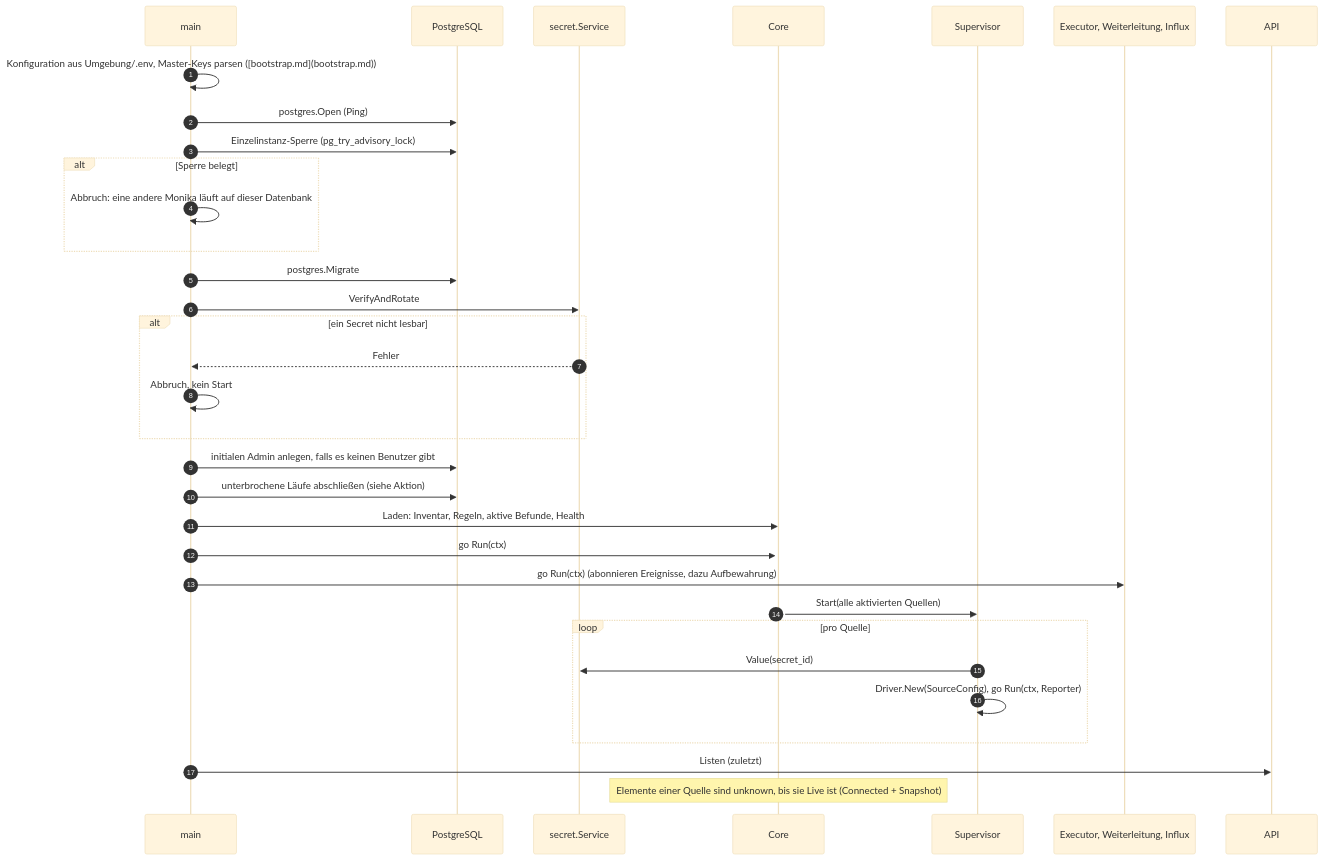
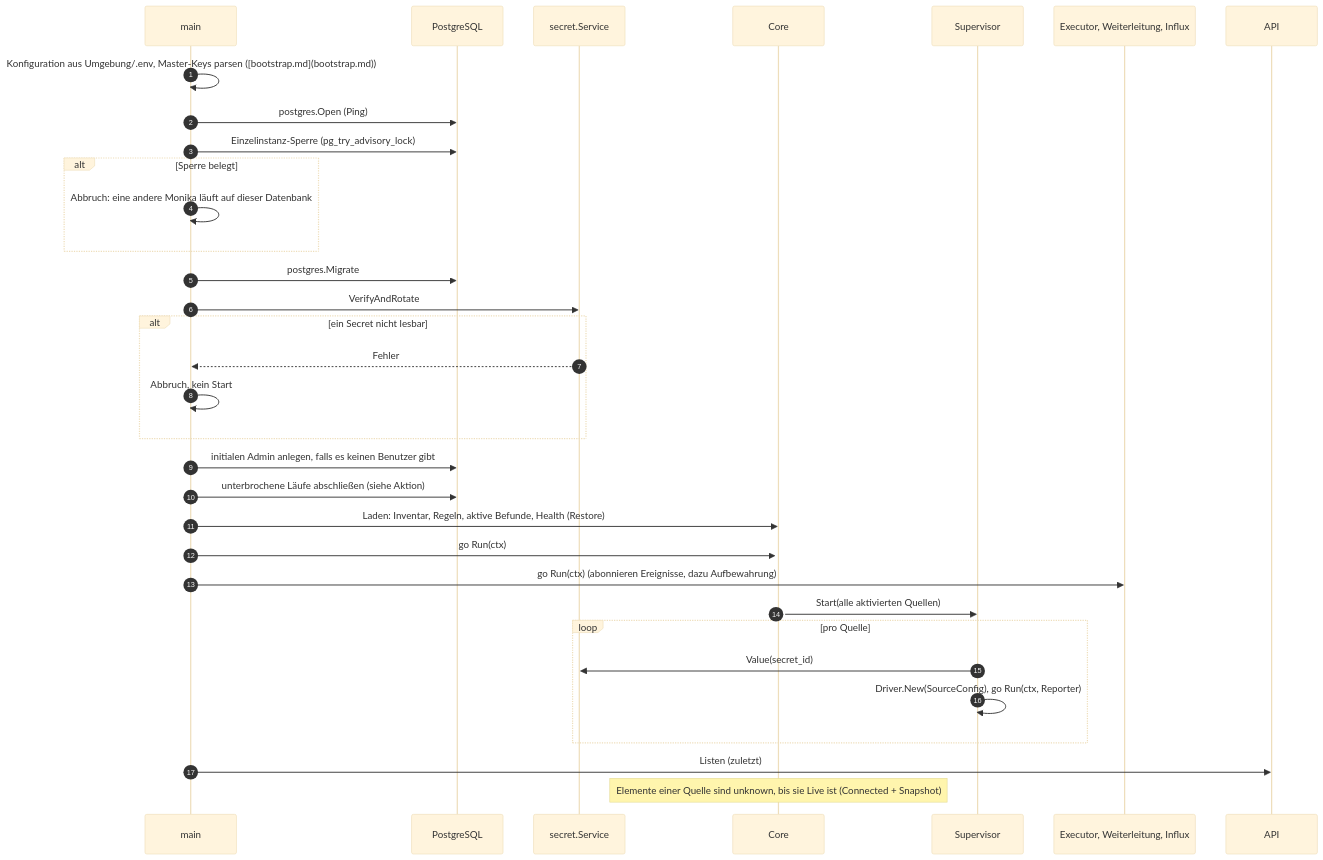
The first of 6 diagrams in docs/contracts/flows.md (lukirs95/monika), drawn with Mermaid (base theme) before and after one commit. The commit also changed 8 other files, not shown here.

````diff
--- a/docs/contracts/flows.md
+++ b/docs/contracts/flows.md
@@ -24,36 +24,36 @@
 ```mermaid
 sequenceDiagram
     autonumber
     participant M as main
     participant DB as PostgreSQL
     participant Sec as secret.Service
     participant C as Core
     participant Sup as Supervisor
     participant X as Executor, Weiterleitung, Influx
     participant A as API
 
     M->>M: Konfiguration aus Umgebung/.env, Master-Keys parsen ([bootstrap.md](bootstrap.md))
     M->>DB: postgres.Open (Ping)
     M->>DB: Einzelinstanz-Sperre (pg_try_advisory_lock)
     alt Sperre belegt
         M->>M: Abbruch: eine andere Monika läuft auf dieser Datenbank
     end
     M->>DB: postgres.Migrate
     M->>Sec: VerifyAndRotate
     alt ein Secret nicht lesbar
         Sec-->>M: Fehler
         M->>M: Abbruch, kein Start
     end
     M->>DB: initialen Admin anlegen, falls es keinen Benutzer gibt
     M->>DB: unterbrochene Läufe abschließen (siehe Aktion)
-    M->>C: Laden: Inventar, Regeln, aktive Befunde, Health
+    M->>C: Laden: Inventar, Regeln, aktive Befunde, Health (Restore)
     M->>+C: go Run(ctx)
     M->>X: go Run(ctx) (abonnieren Ereignisse, dazu Aufbewahrung)
     C->>Sup: Start(alle aktivierten Quellen)
     loop pro Quelle
         Sup->>Sec: Value(secret_id)
         Sup->>Sup: Driver.New(SourceConfig), go Run(ctx, Reporter)
     end
     M->>A: Listen (zuletzt)
     Note over C: Elemente einer Quelle sind unknown, bis sie Live ist (Connected + Snapshot)
 ```
````
